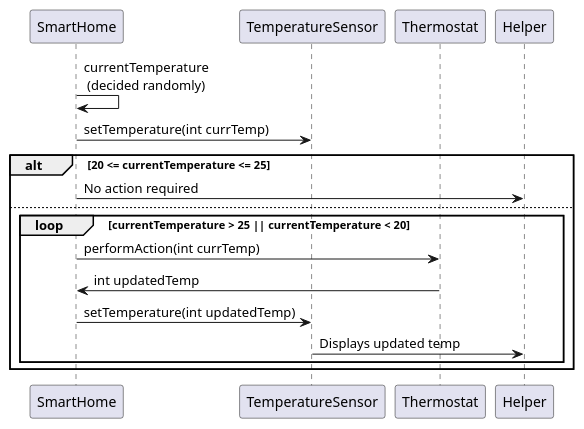
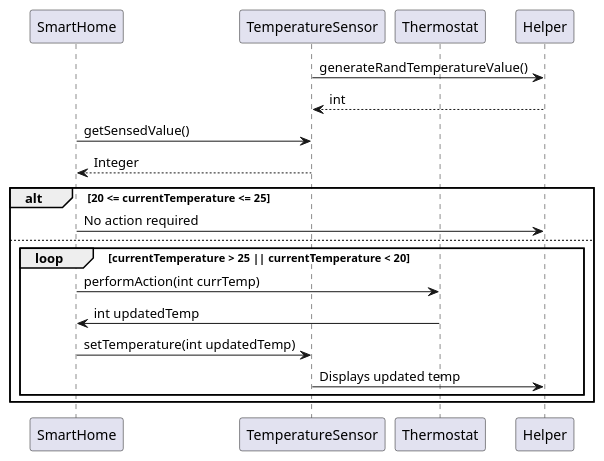
The diagram in src/Diagrams/SequenceDiagram/regulateTemperature.puml (umutcanceyhan7/oop-practice-projects), drawn with PlantUML before and after one commit. The commit also changed 9 other files, not shown here.

```diff
--- a/src/Diagrams/SequenceDiagram/regulateTemperature.puml
+++ b/src/Diagrams/SequenceDiagram/regulateTemperature.puml
@@ -1,19 +1,21 @@
 @startuml
 participant TemperatureSensor order 200
 participant SmartHome order 100
 participant Thermostat order 300
 participant Helper order 500
 
-SmartHome -> SmartHome: currentTemperature\n (decided randomly)
-SmartHome -> TemperatureSensor: setTemperature(int currTemp)
+TemperatureSensor -> Helper: generateRandTemperatureValue()
+Helper --> TemperatureSensor: int
+SmartHome -> TemperatureSensor: getSensedValue()
+TemperatureSensor --> SmartHome: Integer
 alt 20 <= currentTemperature <= 25
 SmartHome -> Helper: No action required
 else
     loop currentTemperature > 25 || currentTemperature < 20
     SmartHome -> Thermostat: performAction(int currTemp)
     Thermostat -> SmartHome: int updatedTemp
     SmartHome -> TemperatureSensor: setTemperature(int updatedTemp)
     TemperatureSensor -> Helper: Displays updated temp
     end
 end
 @enduml
```
